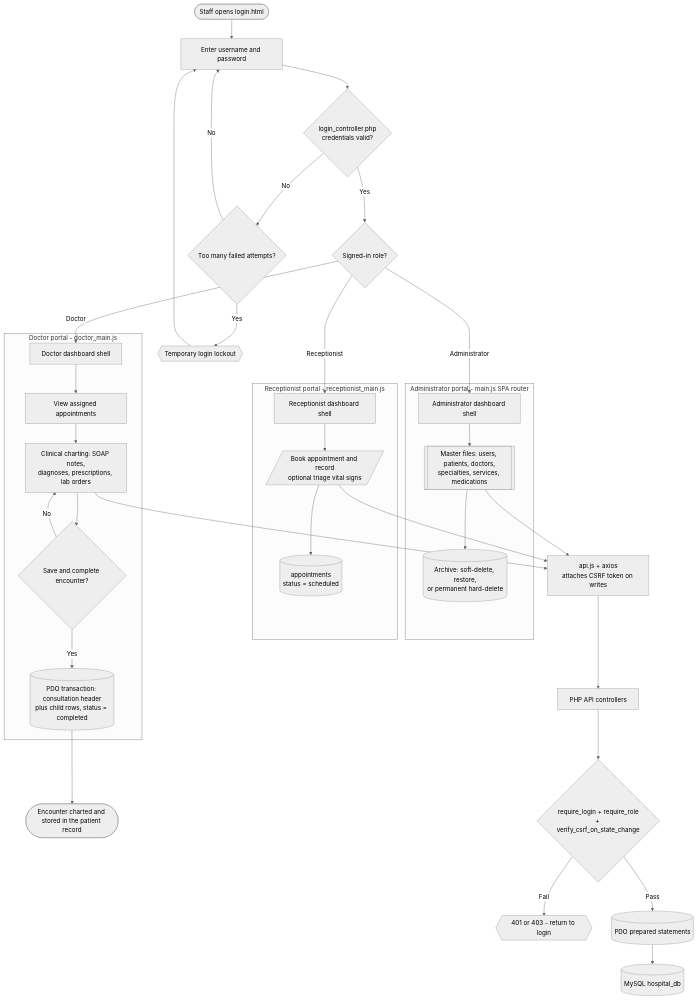
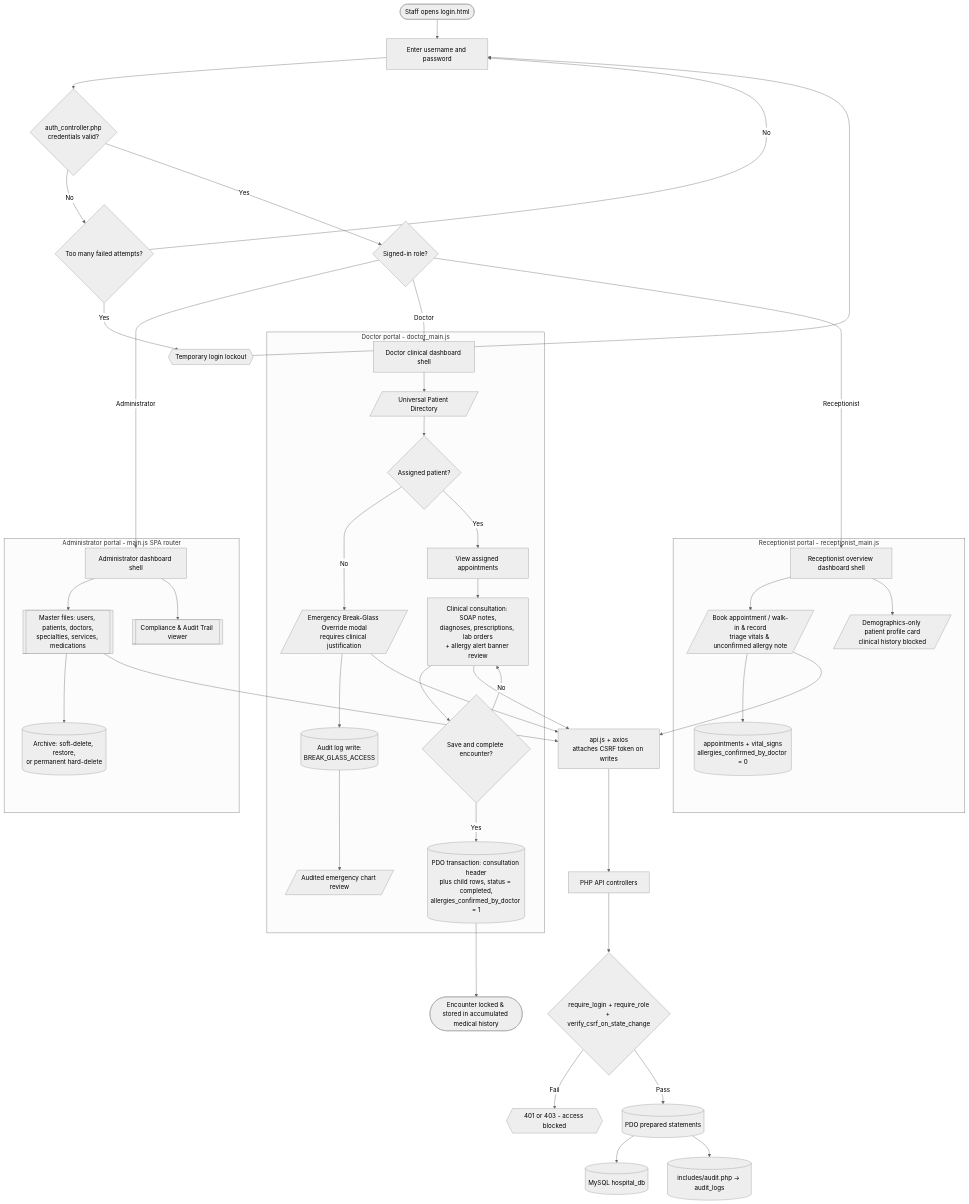
Before and after one commit to Zula-stdnt/Clinic-Appointment-and-Patient-Records-System: the diagram in docs/obsidian-vault/System Flow.md, drawn with Mermaid (neutral theme). The commit also changed other lines of this file and 81 other files, not shown here.

````diff
--- a/docs/obsidian-vault/System Flow.md
+++ b/docs/obsidian-vault/System Flow.md
@@ -11,41 +11,49 @@
 ```mermaid
 flowchart TD
     Start([Staff opens login.html]) --> Login[Enter username and password]
-    Login --> Auth{login_controller.php<br/>credentials valid?}
+    Login --> Auth{auth_controller.php<br/>credentials valid?}
     Auth -- No --> Attempts{Too many failed attempts?}
     Attempts -- No --> Login
     Attempts -- Yes --> Locked{{Temporary login lockout}}
     Locked --> Login
     Auth -- Yes --> Role{Signed-in role?}
 
     subgraph AdminPortal [Administrator portal - main.js SPA router]
-        AdminDash[Administrator dashboard shell] -->         AdminMods[[Master files: users, patients, doctors,<br/>specialties, services, medications]]
+        AdminDash[Administrator dashboard shell] --> AdminMods[[Master files: users, patients, doctors,<br/>specialties, services, medications]]
+        AdminDash --> AuditLog[[Compliance & Audit Trail viewer]]
         AdminMods --> Archive[(Archive: soft-delete, restore,<br/>or permanent hard-delete)]
     end
 
     subgraph RecPortal [Receptionist portal - receptionist_main.js]
-        RecDash[Receptionist dashboard shell] --> Book[/Book appointment and record<br/>optional triage vital signs/]
-        Book --> ApptDB[(appointments<br/>status = scheduled)]
+        RecDash[Receptionist overview dashboard shell] --> Book[/Book appointment / walk-in & record<br/>triage vitals & unconfirmed allergy note/]
+        Book --> ApptDB[(appointments + vital_signs<br/>allergies_confirmed_by_doctor = 0)]
+        RecDash --> DemogCard[/Demographics-only patient profile card<br/>clinical history blocked/]
     end
 
     subgraph DocPortal [Doctor portal - doctor_main.js]
-        DocDash[Doctor dashboard shell] --> DocAppts[View assigned appointments]
-        DocAppts --> Consult[Clinical charting: SOAP notes,<br/>diagnoses, prescriptions, lab orders]
+        DocDash[Doctor clinical dashboard shell] --> DocDirectory[/Universal Patient Directory/]
+        DocDirectory --> BGCheck{Assigned patient?}
+        BGCheck -- No --> BGModal[/Emergency Break-Glass Override modal<br/>requires clinical justification/]
+        BGModal --> BGAudit[(Audit log write:<br/>BREAK_GLASS_ACCESS)]
+        BGAudit --> ChartReview[/Audited emergency chart review/]
+        BGCheck -- Yes --> DocAppts[View assigned appointments]
+        DocAppts --> Consult[Clinical consultation: SOAP notes,<br/>diagnoses, prescriptions, lab orders<br/>+ allergy alert banner review]
         Consult --> SaveT{Save and complete encounter?}
         SaveT -- No --> Consult
-        SaveT -- Yes --> Tx[(PDO transaction: consultation header<br/>plus child rows, status = completed)]
+        SaveT -- Yes --> Tx[(PDO transaction: consultation header<br/>plus child rows, status = completed,<br/>allergies_confirmed_by_doctor = 1)]
     end
 
     Role -- Administrator --> AdminDash
     Role -- Doctor --> DocDash
     Role -- Receptionist --> RecDash
 
-    Tx --> Done([Encounter charted and stored in the patient record])
+    Tx --> Done([Encounter locked & stored in accumulated medical history])
 
-    AdminMods & Book & Consult --> APIJS[api.js + axios<br/>attaches CSRF token on writes]
+    AdminMods & Book & Consult & BGModal --> APIJS[api.js + axios<br/>attaches CSRF token on writes]
     APIJS --> Ctrl[PHP API controllers]
     Ctrl --> Guard{require_login + require_role<br/>+ verify_csrf_on_state_change}
-    Guard -- Fail --> Denied{{401 or 403 - return to login}}
+    Guard -- Fail --> Denied{{401 or 403 - access blocked}}
     Guard -- Pass --> PDOQ[(PDO prepared statements)]
     PDOQ --> MySQL[(MySQL hospital_db)]
+    PDOQ --> AuditHelper[(includes/audit.php -> audit_logs)]
 ```
````
